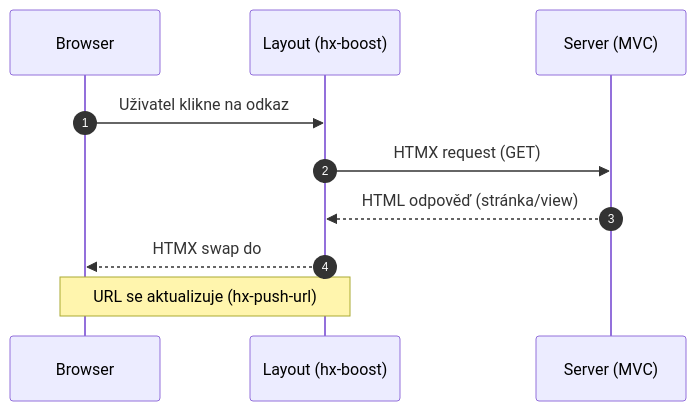
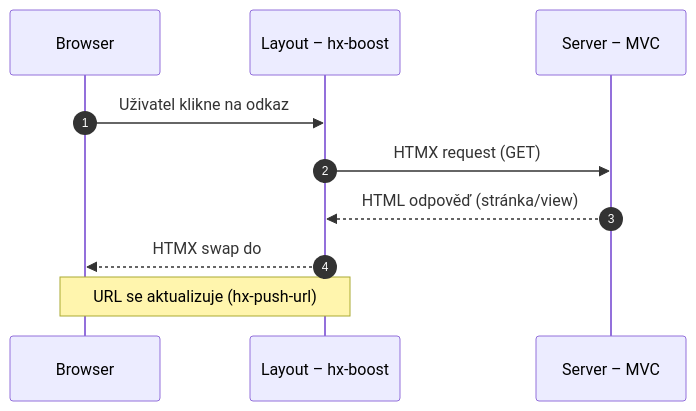
The third of 10 diagrams in docs/princip-a-pouziti-aplikace.md (Rsm77/DigitalniProdukty), drawn with Mermaid before and after one commit. The commit also changed other lines of this file and 1 other file, not shown here.

Commit message:
docs: fix Mermaid labels for GitHub

````diff
--- a/docs/princip-a-pouziti-aplikace.md
+++ b/docs/princip-a-pouziti-aplikace.md
@@ -82,13 +82,13 @@
 ```mermaid
 sequenceDiagram
   autonumber
   participant B as Browser
-  participant L as Layout (hx-boost)
-  participant S as Server (MVC)
+  participant L as Layout – hx-boost
+  participant S as Server – MVC
 
   B->>L: Uživatel klikne na odkaz
   L->>S: HTMX request (GET)
   S-->>L: HTML odpověď (stránka/view)
   L-->>B: HTMX swap do #main (bez full reload)
   Note over L,B: URL se aktualizuje (hx-push-url)
 ```
````
